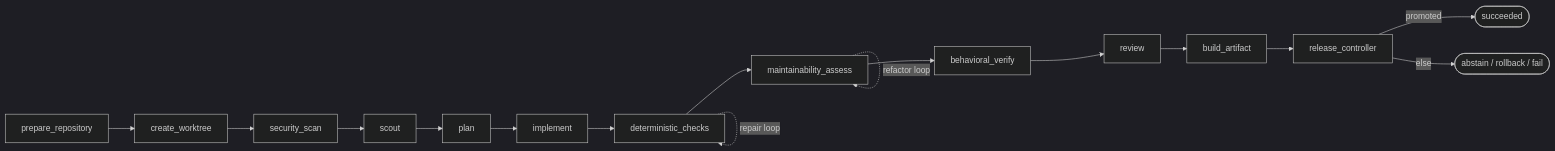
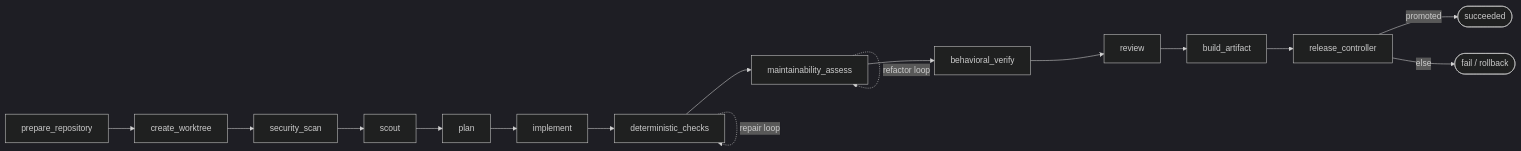
One commit to aryaniyaps/software-factory changed the diagram in README.md. Above: the diagram before and after it, drawn with Mermaid (dark theme). The commit also changed other lines of this file and 228 other files, not shown here.

````diff
--- a/README.md
+++ b/README.md
@@ -9,11 +9,11 @@
 ```mermaid
 flowchart LR
   prep[prepare_repository] --> wt[create_worktree] --> sec[security_scan]
   sec --> scout --> plan --> impl[implement]
   impl --> checks[deterministic_checks] --> maint[maintainability_assess]
   checks -.->|repair loop| checks
   maint -.->|refactor loop| maint
   maint --> bev[behavioral_verify] --> review --> build[build_artifact] --> release[release_controller]
   release -->|promoted| ok([succeeded])
-  release -->|else| stop([abstain / rollback / fail])
+  release -->|else| stop([fail / rollback])
 ```
````
